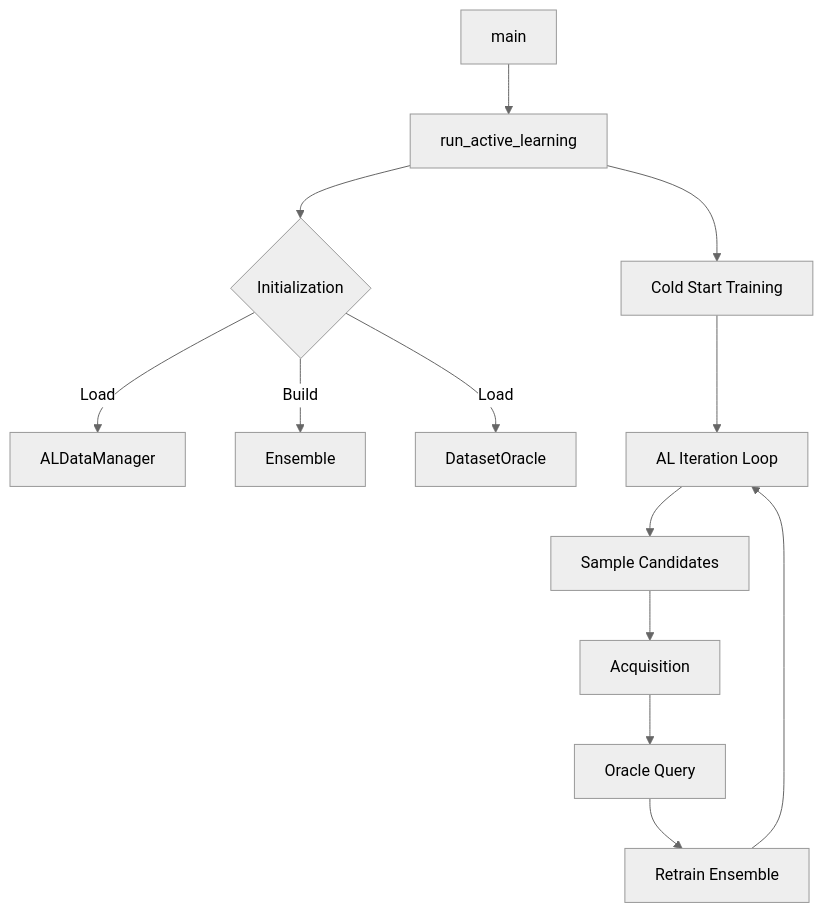
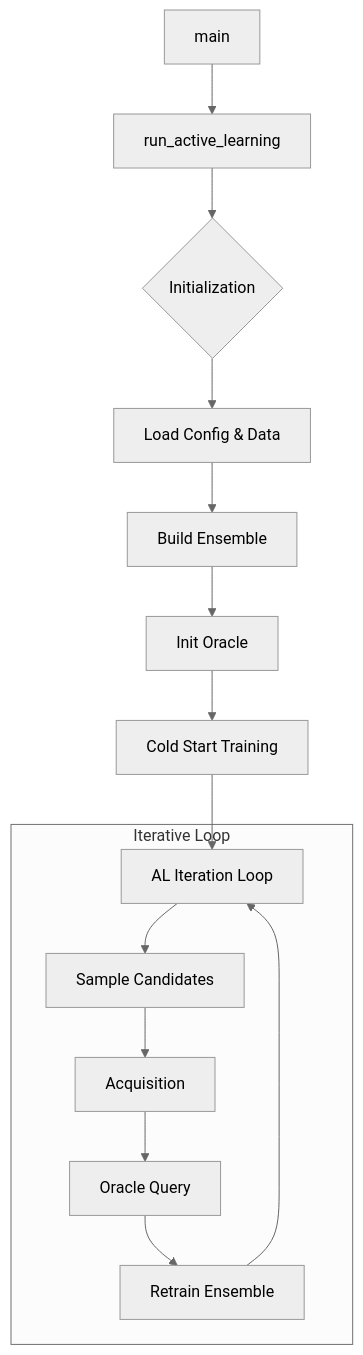
One commit to Sritay/metastategen-diffusion changed the diagram in docs/developers_al_loop.md. Above: the diagram before and after it, drawn with Mermaid (neutral theme).

Commit message:
Docs: Correct flowchart logic to be sequential

````diff
--- a/docs/developers_al_loop.md
+++ b/docs/developers_al_loop.md
@@ -16,15 +16,19 @@
 ```mermaid
 graph TD
     A[main] --> B[run_active_learning]
     B --> C{Initialization}
-    C -->|Load| D[ALDataManager]
-    C -->|Build| E[Ensemble]
-    C -->|Load| F[DatasetOracle]
-    B --> G[Cold Start Training]
+    C --> D[Load Config & Data]
+    D --> E[Build Ensemble]
+    E --> F[Init Oracle]
+    
+    F --> G[Cold Start Training]
+    
     G --> H[AL Iteration Loop]
-    H --> I[Sample Candidates]
-    I --> J[Acquisition]
-    J --> K[Oracle Query]
-    K --> L[Retrain Ensemble]
-    L --> H
+    subgraph Loop [Iterative Loop]
+        H --> I[Sample Candidates]
+        I --> J[Acquisition]
+        J --> K[Oracle Query]
+        K --> L[Retrain Ensemble]
+        L --> H
+    end
 ```
````
